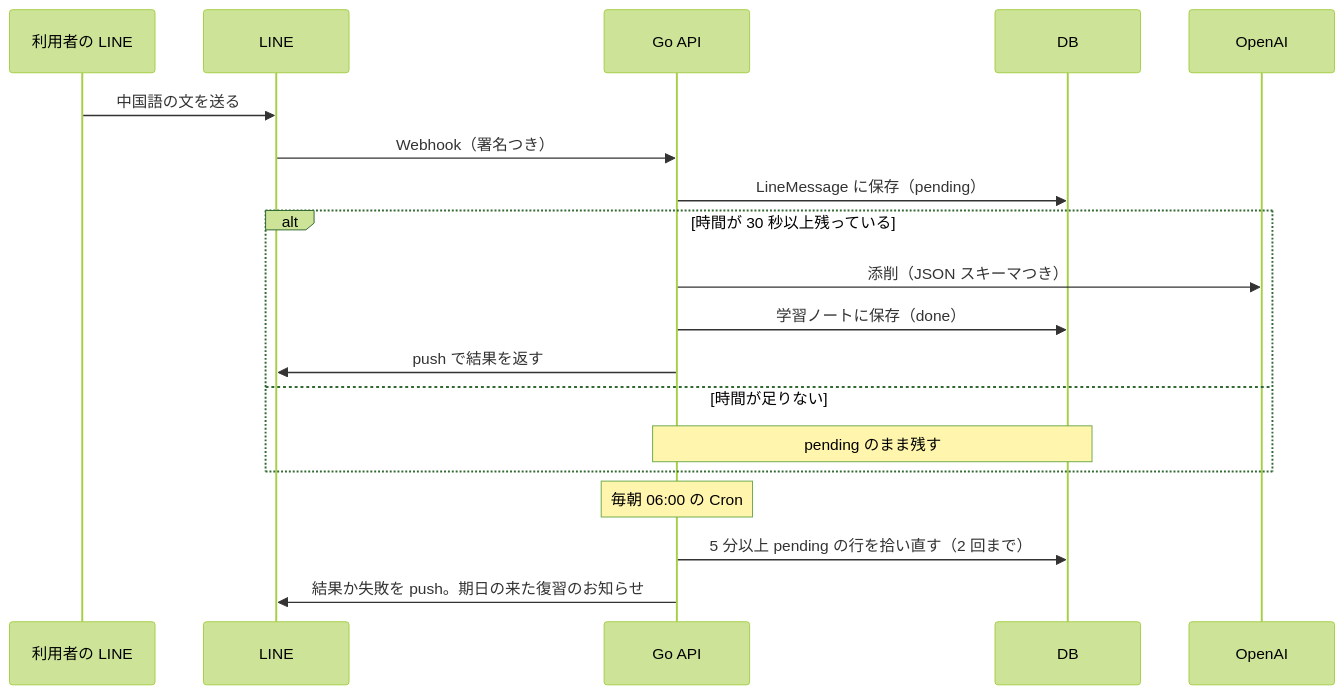
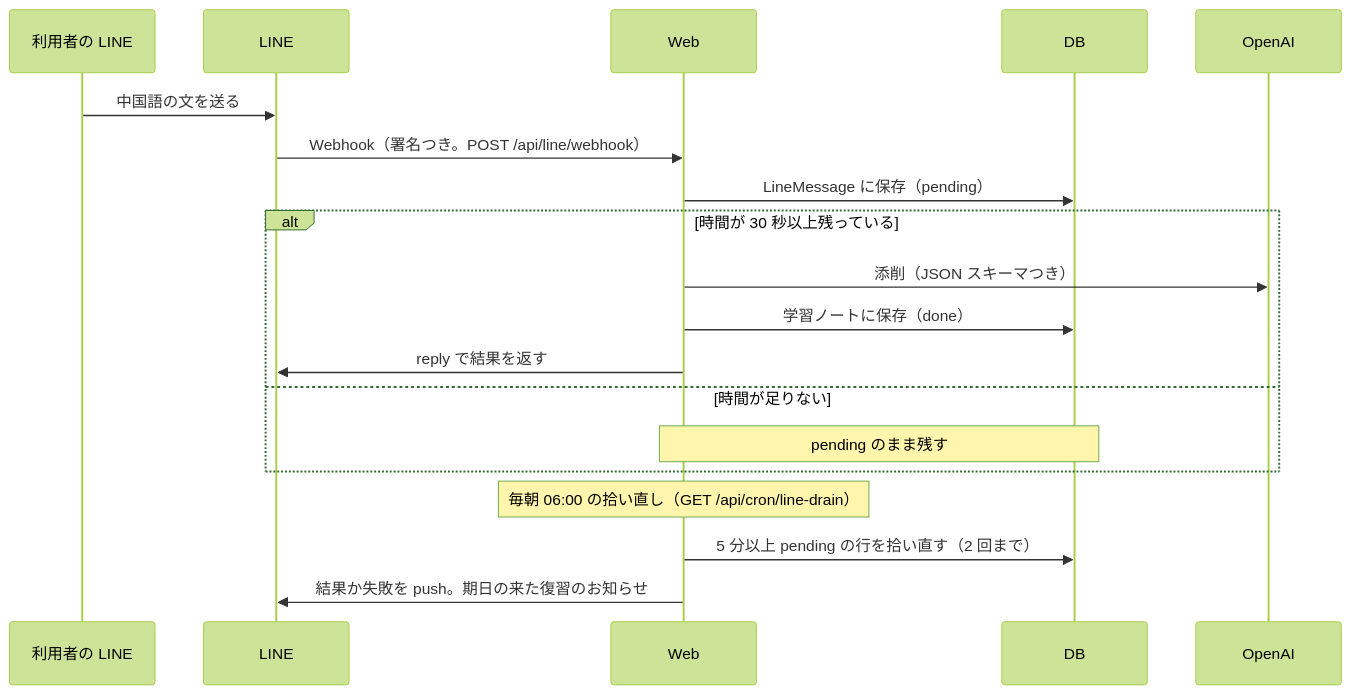
Before and after one commit to Sparklingstadt/ffpf-zhuelog: the second of 2 diagrams in docs/architecture.md, drawn with Mermaid (forest theme). The commit also changed other lines of this file and 72 other files, not shown here.

First line of the commit message:
Go 廃止の段階 10a：LINE の webhook と拾い直しを Web で受ける (#178)

````diff
--- a/docs/architecture.md
+++ b/docs/architecture.md
@@ -146,21 +145,21 @@
 ```mermaid
 sequenceDiagram
   participant U as 利用者の LINE
   participant L as LINE
-  participant G as Go API
+  participant W as Web
   participant D as DB
   participant O as OpenAI
   U->>L: 中国語の文を送る
-  L->>G: Webhook（署名つき）
-  G->>D: LineMessage に保存（pending）
+  L->>W: Webhook（署名つき。POST /api/line/webhook）
+  W->>D: LineMessage に保存（pending）
   alt 時間が 30 秒以上残っている
-    G->>O: 添削（JSON スキーマつき）
-    G->>D: 学習ノートに保存（done）
-    G->>L: push で結果を返す
+    W->>O: 添削（JSON スキーマつき）
+    W->>D: 学習ノートに保存（done）
+    W->>L: reply で結果を返す
   else 時間が足りない
-    Note over G,D: pending のまま残す
+    Note over W,D: pending のまま残す
   end
-  Note over G: 毎朝 06:00 の Cron
-  G->>D: 5 分以上 pending の行を拾い直す（2 回まで）
-  G->>L: 結果か失敗を push。期日の来た復習のお知らせ
+  Note over W: 毎朝 06:00 の拾い直し（GET /api/cron/line-drain）
+  W->>D: 5 分以上 pending の行を拾い直す（2 回まで）
+  W->>L: 結果か失敗を push。期日の来た復習のお知らせ
 ```
````
